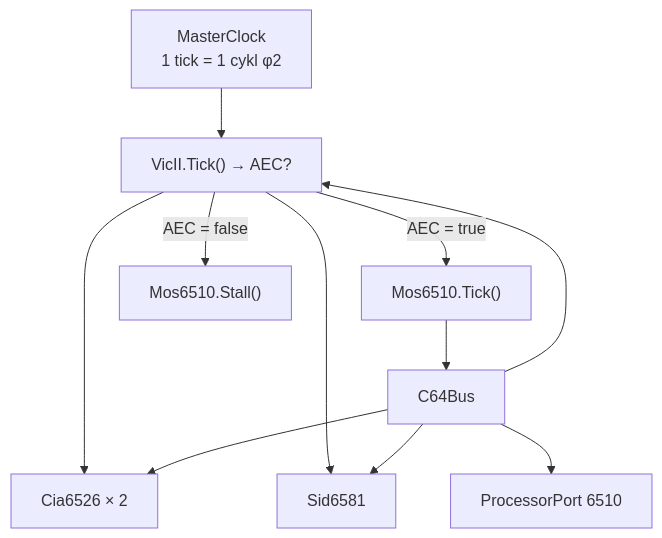
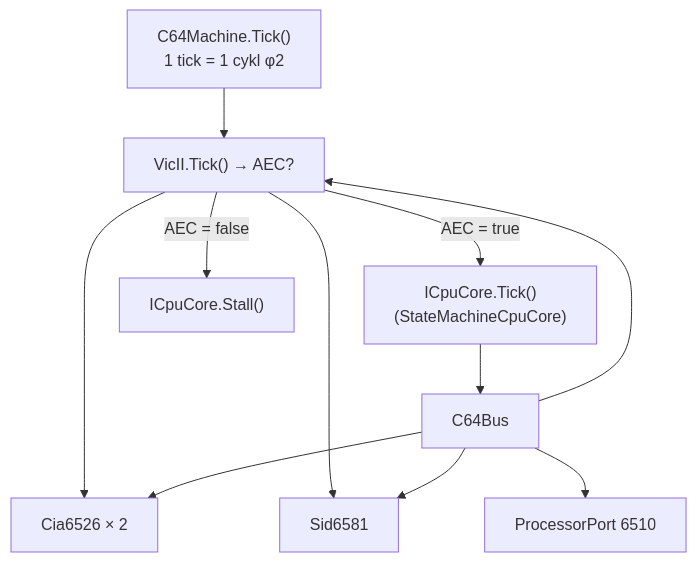
The first of 2 diagrams in docs/plan-c64-cycle-exact.md (prachwal/VibeEmulator), drawn with Mermaid before and after one commit. The commit also changed other lines of this file, not shown here.

````diff
--- a/docs/plan-c64-cycle-exact.md
+++ b/docs/plan-c64-cycle-exact.md
@@ -35,14 +77,14 @@
 ```mermaid
 flowchart TD
-    MC["MasterClock<br/>1 tick = 1 cykl φ2"] --> VIC
+    MC["C64Machine.Tick()<br/>1 tick = 1 cykl φ2"] --> VIC
     VIC["VicII.Tick() → AEC?"]
-    VIC -->|"AEC = true"| CPU["Mos6510.Tick()"]
-    VIC -->|"AEC = false"| STALL["Mos6510.Stall()"]
+    VIC -->|"AEC = true"| CPU["ICpuCore.Tick()<br/>(StateMachineCpuCore)"]
+    VIC -->|"AEC = false"| STALL["ICpuCore.Stall()"]
     VIC --> CIA["Cia6526 × 2"]
     VIC --> SID["Sid6581"]
     CPU --> BUS["C64Bus"]
     BUS --> VIC
     BUS --> CIA
     BUS --> SID
     BUS --> PORT["ProcessorPort 6510"]
 ```
````
